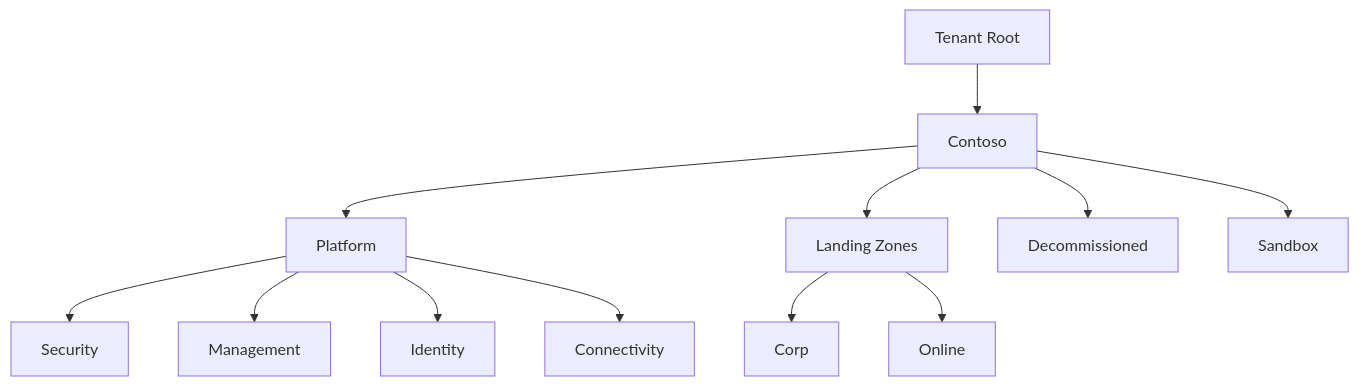
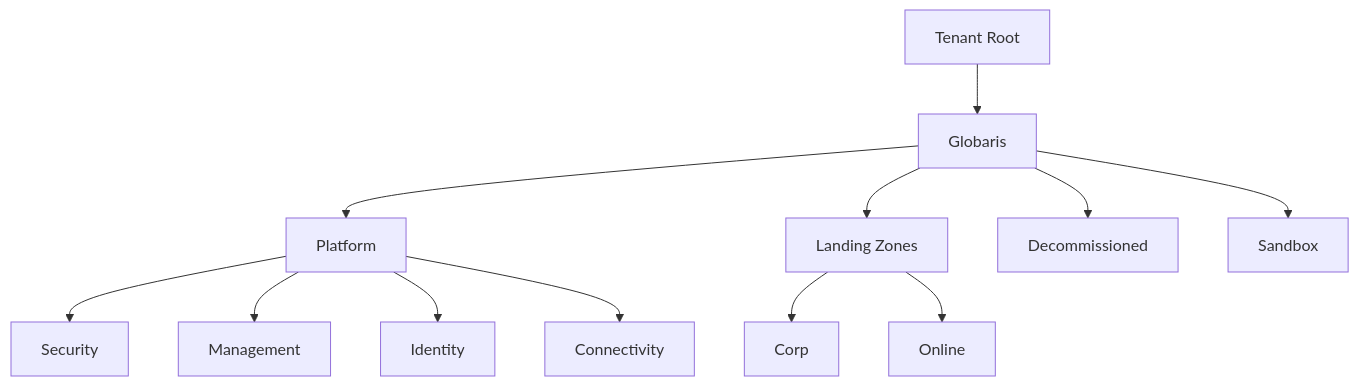
The first of 3 diagrams in ARCHITECTURE.md (Globaris-Inc/Azure-Landing-Zone-Architecture), drawn with Mermaid before and after one commit. The commit also changed 8 other files, not shown here.

Commit message:
chore: rename org from contoso to globaris across all functional files

````diff
--- a/ARCHITECTURE.md
+++ b/ARCHITECTURE.md
@@ -12,15 +12,15 @@
 ```mermaid
 graph TD
     TR[Tenant Root]
-    TR --> C[Contoso]
+    TR --> C[Globaris]
     C --> P[Platform]
     C --> LZ[Landing Zones]
     C --> D[Decommissioned]
     C --> SB[Sandbox]
     P --> SEC[Security]
     P --> MGMT[Management]
     P --> ID[Identity]
     P --> CONN[Connectivity]
     LZ --> CORP[Corp]
     LZ --> ONL[Online]
 ```
````
